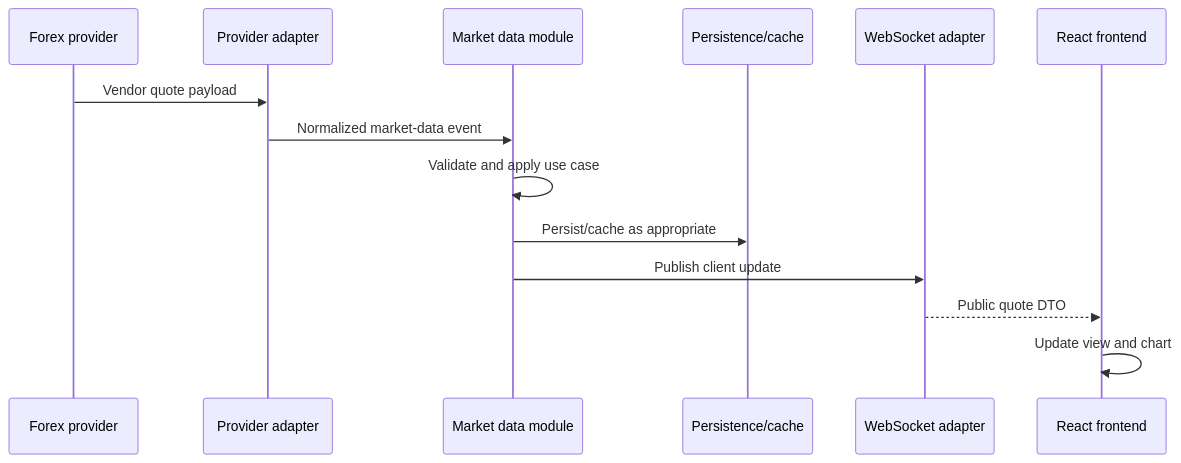
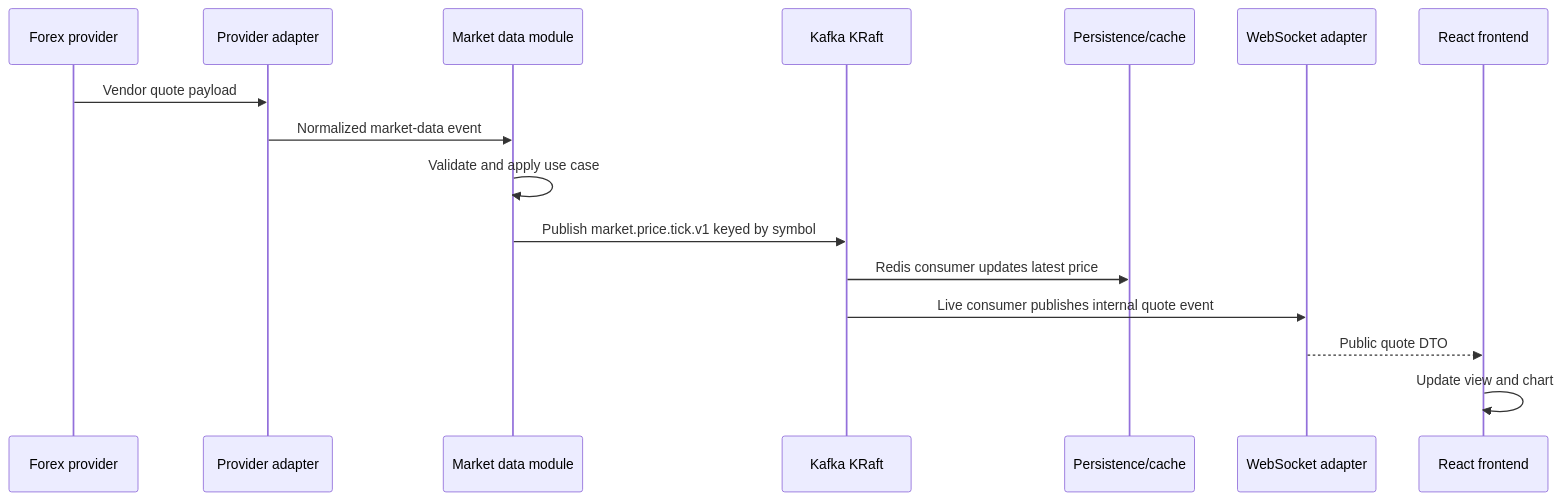
The third of 6 diagrams in docs/architecture.md (Atheesan/fx-trading), drawn with Mermaid before and after one commit. The commit also changed other lines of this file and 22 other files, not shown here.

Commit message:
[Atheesan][FX][Add Kafka for price update streaming]

````diff
--- a/docs/architecture.md
+++ b/docs/architecture.md
@@ -130,17 +129,19 @@
 ```mermaid
 sequenceDiagram
     participant P as Forex provider
     participant A as Provider adapter
     participant M as Market data module
+    participant K as Kafka KRaft
     participant D as Persistence/cache
     participant W as WebSocket adapter
     participant F as React frontend
 
     P->>A: Vendor quote payload
     A->>M: Normalized market-data event
     M->>M: Validate and apply use case
-    M->>D: Persist/cache as appropriate
-    M->>W: Publish client update
+    M->>K: Publish market.price.tick.v1 keyed by symbol
+    K->>D: Redis consumer updates latest price
+    K->>W: Live consumer publishes internal quote event
     W-->>F: Public quote DTO
     F->>F: Update view and chart
 ```
````
